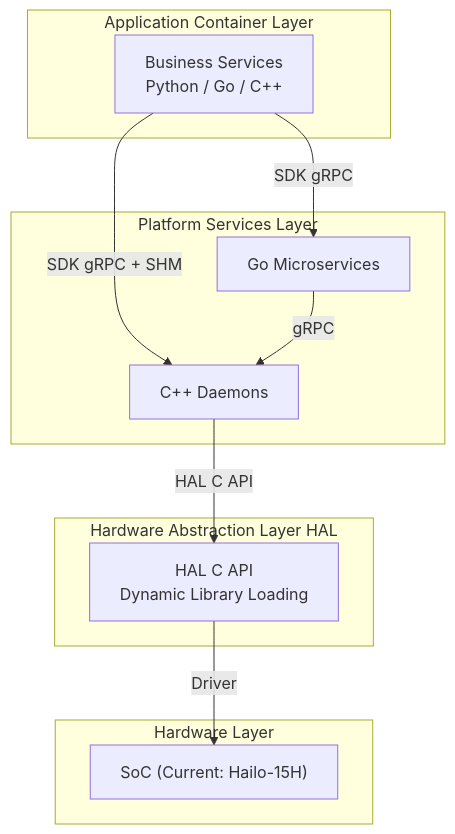
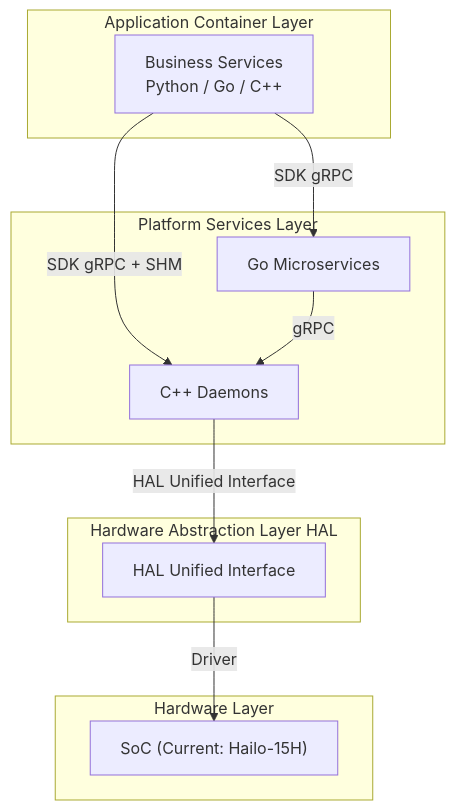
One commit to luommy/wiki-documents changed the first of 4 diagrams in i18n/en/docusaurus-plugin-content-docs/current/6-neoeyes-ne503-series/3-software-guide/0-system-architecture.md. Above: the diagram before and after it, drawn with Mermaid. The commit also changed other lines of this file and 100 other files, not shown here.

````diff
--- a/i18n/en/docusaurus-plugin-content-docs/current/6-neoeyes-ne503-series/3-software-guide/0-system-architecture.md
+++ b/i18n/en/docusaurus-plugin-content-docs/current/6-neoeyes-ne503-series/3-software-guide/0-system-architecture.md
@@ -13,25 +13,25 @@
 ```mermaid
 graph TB
     subgraph "Application Container Layer"
         APP["Business Services\nPython / Go / C++"]
     end
 
     subgraph "Platform Services Layer"
         GO["Go Microservices"]
         CPP["C++ Daemons"]
     end
 
     subgraph "Hardware Abstraction Layer HAL"
-        HAL["HAL C API\nDynamic Library Loading"]
+        HAL["HAL Unified Interface"]
     end
 
     subgraph "Hardware Layer"
         SOC["SoC (Current: Hailo-15H)"]
     end
 
     APP -- "SDK gRPC" --> GO
     APP -- "SDK gRPC + SHM" --> CPP
     GO -- gRPC --> CPP
-    CPP -- "HAL C API" --> HAL
+    CPP -- "HAL Unified Interface" --> HAL
     HAL -- Driver --> SOC
 ```
````
